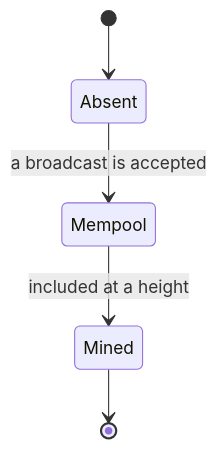
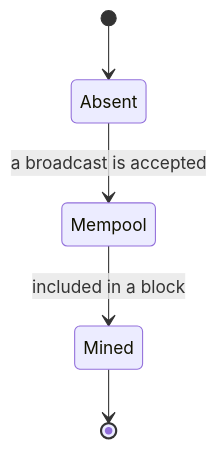
The sixth of 10 diagrams in zeronym/spec/protocol/README.md (ShieldedLabs/zero), drawn with Mermaid before and after one commit. The commit also changed other lines of this file and 17 other files, not shown here.

````diff
--- a/zeronym/spec/protocol/README.md
+++ b/zeronym/spec/protocol/README.md
@@ -349,7 +349,7 @@
 ```mermaid
 stateDiagram-v2
     [*] --> Absent
     Absent --> Mempool: a broadcast is accepted
-    Mempool --> Mined: included at a height
+    Mempool --> Mined: included in a block
     Mined --> [*]
 ```
````
